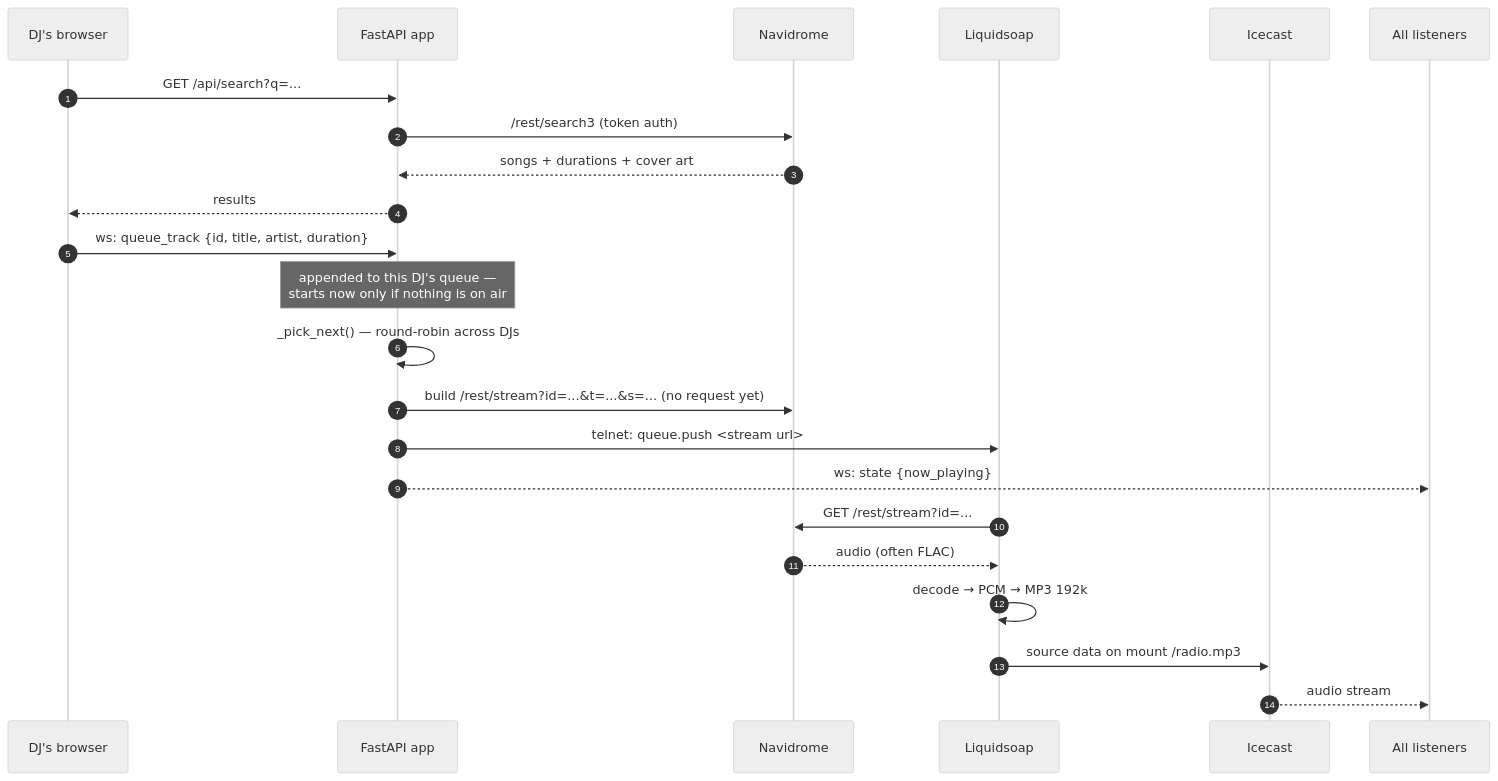
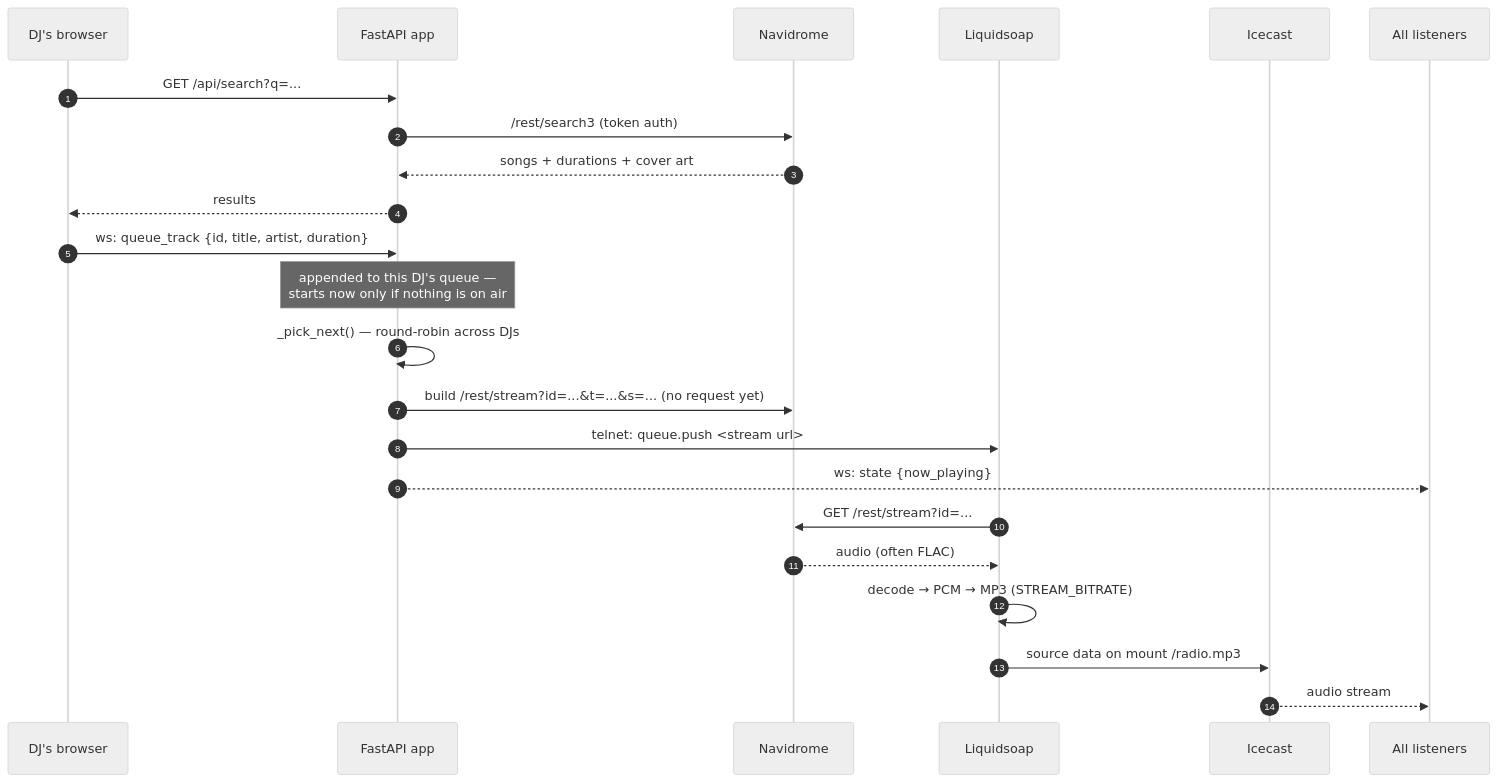
Before and after one commit to tsdaemon/tsdfm: the second of 8 diagrams in docs/architecture.md, drawn with Mermaid (neutral theme). The commit also changed other lines of this file and 33 other files, not shown here.

````diff
--- a/docs/architecture.md
+++ b/docs/architecture.md
@@ -74,29 +75,29 @@
 ```mermaid
 sequenceDiagram
     autonumber
     participant DJ as DJ's browser
     participant App as FastAPI app
     participant ND as Navidrome
     participant LS as Liquidsoap
     participant IC as Icecast
     participant All as All listeners
 
     DJ->>App: GET /api/search?q=...
     App->>ND: /rest/search3 (token auth)
     ND-->>App: songs + durations + cover art
     App-->>DJ: results
 
     DJ->>App: ws: queue_track {id, title, artist, duration}
     Note over App: appended to this DJ's queue —<br/>starts now only if nothing is on air
 
     App->>App: _pick_next() — round-robin across DJs
     App->>ND: build /rest/stream?id=...&t=...&s=... (no request yet)
     App->>LS: telnet: queue.push <stream url>
     App-->>All: ws: state {now_playing}
 
     LS->>ND: GET /rest/stream?id=...
     ND-->>LS: audio (often FLAC)
-    LS->>LS: decode → PCM → MP3 192k
+    LS->>LS: decode → PCM → MP3 (STREAM_BITRATE)
     LS->>IC: source data on mount /radio.mp3
     IC-->>All: audio stream
 ```
````
